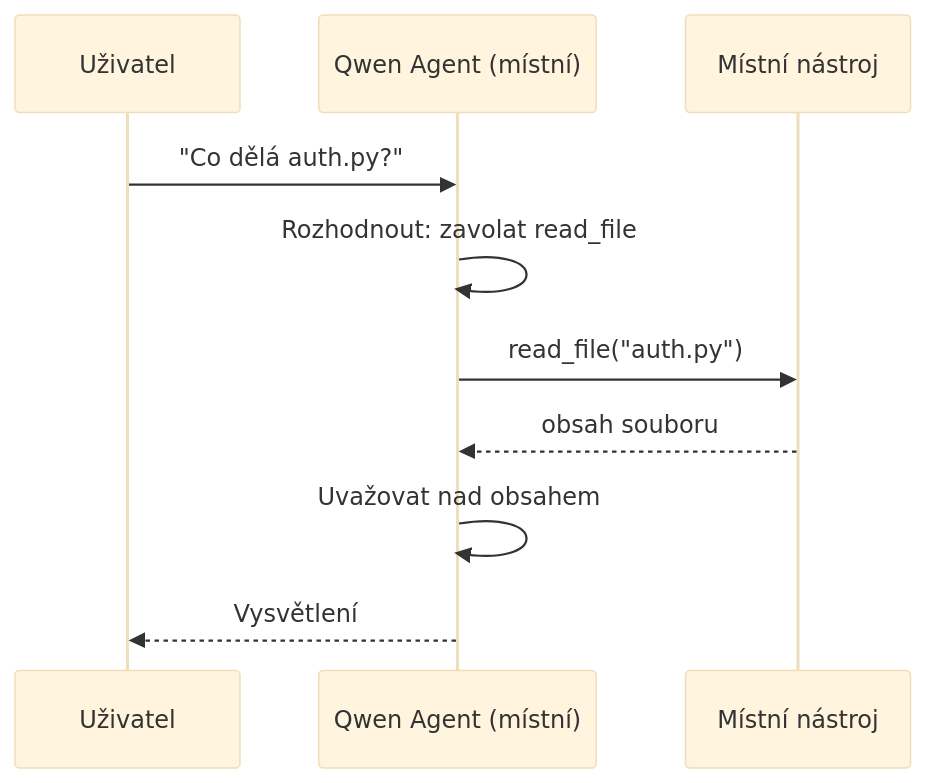
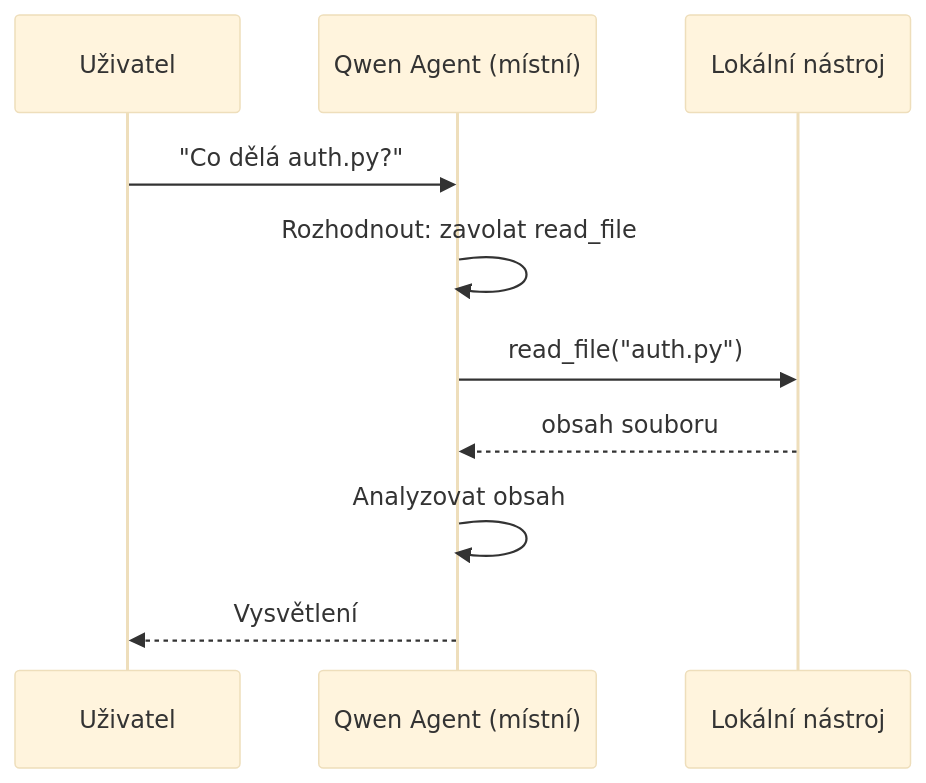
Before and after one commit to gabrielmoreira/agent-skills-mirror: the second of 4 diagrams in mirrors/repos/microsoft@ai-agents-for-beginners/translations/cs/17-creating-local-ai-agents/README.md, drawn with Mermaid (base theme). The commit also changed other lines of this file and 4262 other files, not shown here.

````diff
--- a/mirrors/repos/microsoft@ai-agents-for-beginners/translations/cs/17-creating-local-ai-agents/README.md
+++ b/mirrors/repos/microsoft@ai-agents-for-beginners/translations/cs/17-creating-local-ai-agents/README.md
@@ -106,12 +106,12 @@
 ```mermaid
 sequenceDiagram
     participant U as Uživatel
     participant A as Qwen Agent (místní)
-    participant T as Místní nástroj
+    participant T as Lokální nástroj
     U->>A: "Co dělá auth.py?"
     A->>A: Rozhodnout: zavolat read_file
     A->>T: read_file("auth.py")
     T-->>A: obsah souboru
-    A->>A: Uvažovat nad obsahem
+    A->>A: Analyzovat obsah
     A-->>U: Vysvětlení
 ```
````
